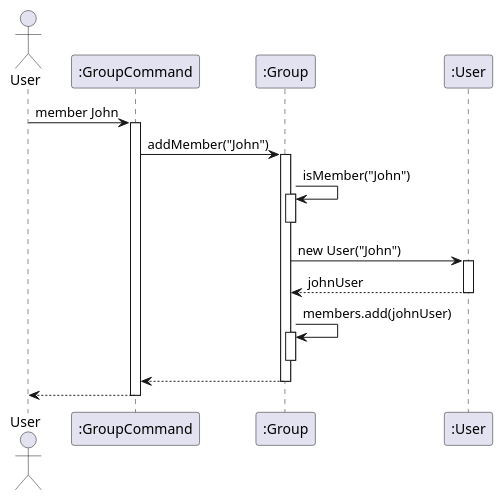
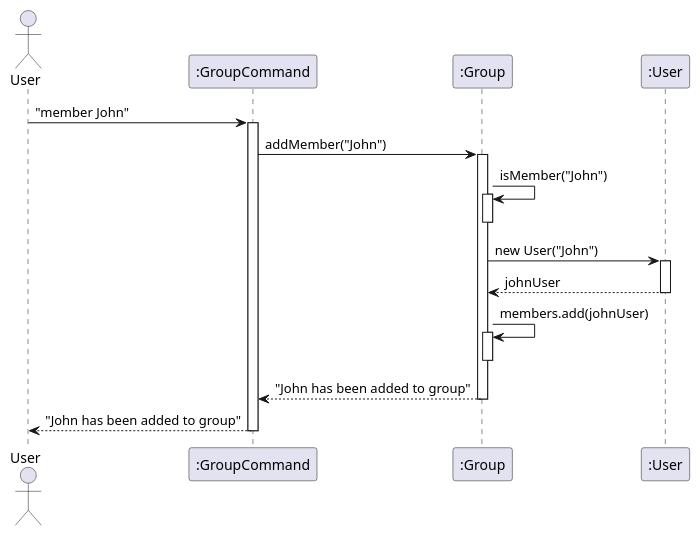
One commit to mukund1403/tp changed the diagram in docs/diagrams/addMember1.puml. Above: the diagram before and after it, drawn with PlantUML. The commit also changed 5 other files, not shown here.

```diff
--- a/docs/diagrams/addMember1.puml
+++ b/docs/diagrams/addMember1.puml
@@ -1,29 +1,29 @@
 @startuml
 actor User
 participant ":GroupCommand" as GroupCommand
 participant ":Group" as Group
 participant ":User" as JohnUser
 
-User -> GroupCommand: member John
+User -> GroupCommand: "member John"
 activate GroupCommand
 GroupCommand -> Group: addMember("John")
 activate Group
 
 Group -> Group: isMember("John")
 activate Group
 deactivate Group
 
 Group -> JohnUser: new User("John")
 activate JohnUser
 JohnUser --> Group: johnUser
 deactivate JohnUser
 
 Group -> Group: members.add(johnUser)
 activate Group
 deactivate Group
 
-Group --> GroupCommand
+Group --> GroupCommand: "John has been added to group"
 deactivate Group
-GroupCommand --> User
+GroupCommand --> User: "John has been added to group"
 deactivate GroupCommand
 @enduml
```
